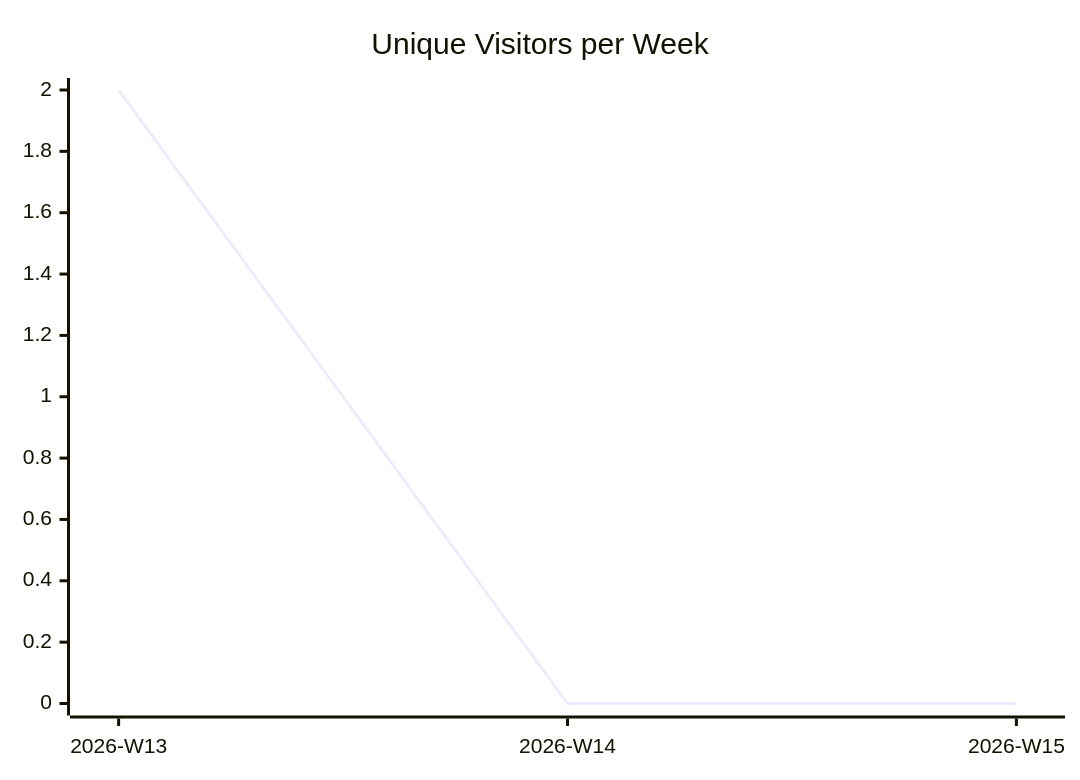
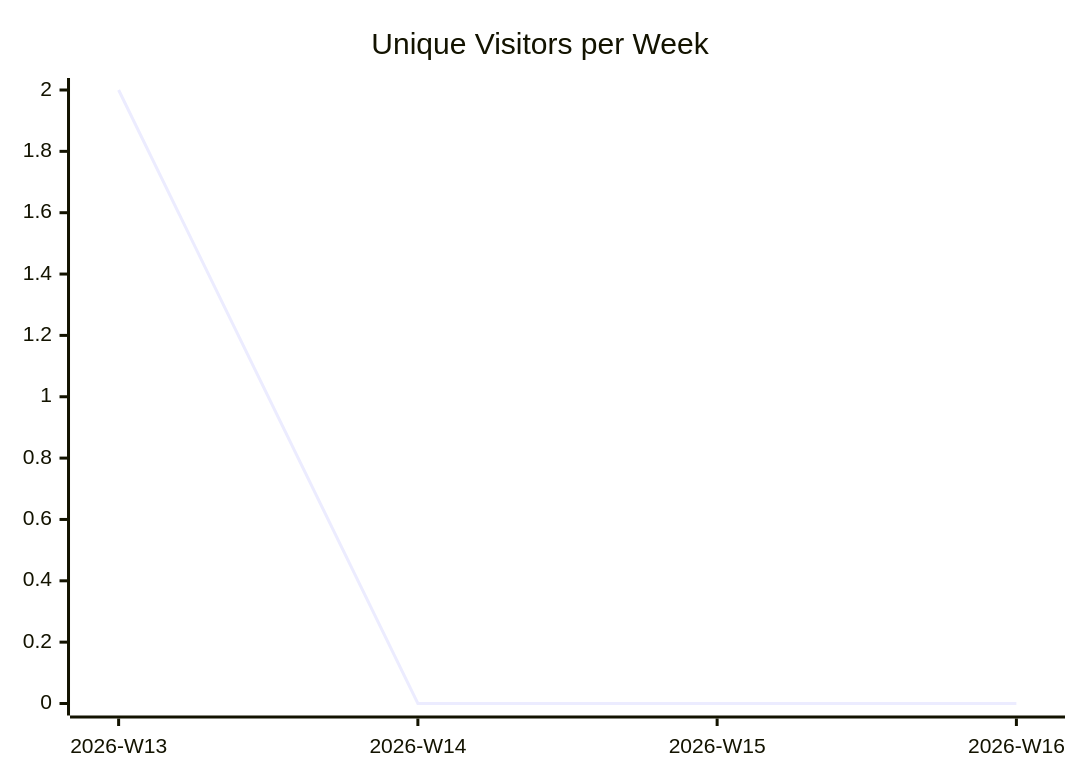
One commit to justdavis-family/github-analytics-data changed the first of 3 diagrams in karlmdavis/kxml2/README.md. Above: the diagram before and after it, drawn with Mermaid. The commit also changed other lines of this file and 176 other files, not shown here.

````diff
--- a/karlmdavis/kxml2/README.md
+++ b/karlmdavis/kxml2/README.md
@@ -5,6 +5,6 @@
 ```mermaid
 xychart-beta
   title "Unique Visitors per Week"
-  x-axis ["2026-W13", "2026-W14", "2026-W15"]
-  line [2, 0, 0]
+  x-axis ["2026-W13", "2026-W14", "2026-W15", "2026-W16"]
+  line [2, 0, 0, 0]
 ```
````
